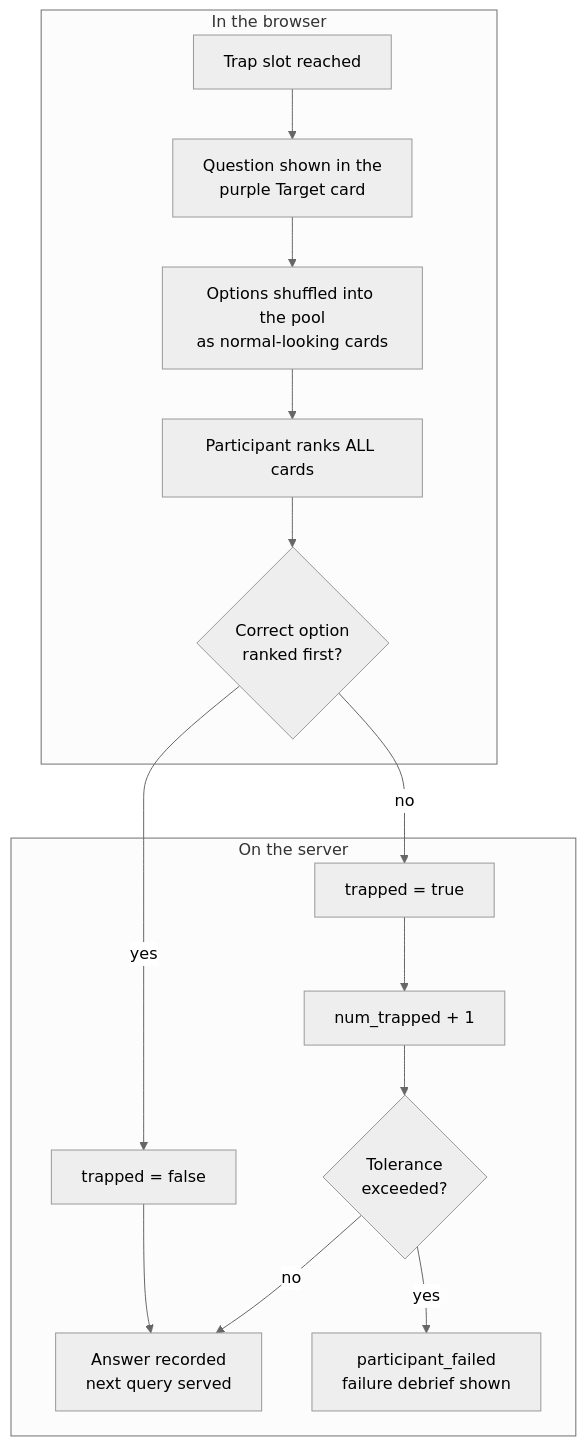
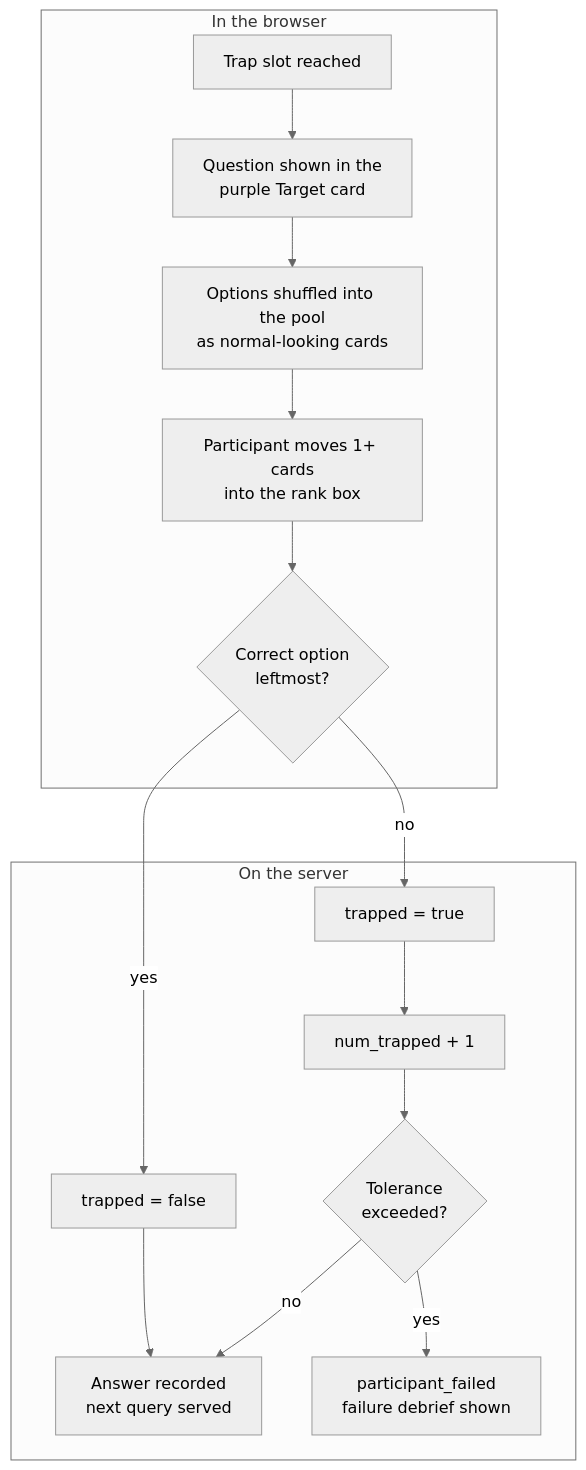
The third of 4 diagrams in DEV_DOCUMENTATION.md (siplab-gt/NEXT), drawn with Mermaid (neutral theme) before and after one commit. The commit also changed other lines of this file and 25 other files, not shown here.

First line of the commit message:
Prolific flow, flexible traps, trap exports, and one-step-ahead InfoTuple precompute (#3)

````diff
--- a/DEV_DOCUMENTATION.md
+++ b/DEV_DOCUMENTATION.md
@@ -728,18 +728,18 @@
 ```mermaid
 flowchart TD
     subgraph browser["In the browser"]
         A["Trap slot reached"] --> B["Question shown in the<br>purple Target card"]
         B --> C["Options shuffled into the pool<br>as normal-looking cards"]
-        C --> D["Participant ranks ALL cards"]
-        D --> E{"Correct option<br>ranked first?"}
+        C --> D["Participant moves 1+ cards<br>into the rank box"]
+        D --> E{"Correct option<br>leftmost?"}
     end
     E -->|"yes"| F["trapped = false"]
     E -->|"no"| G["trapped = true"]
     subgraph server["On the server"]
         F --> H["Answer recorded<br>next query served"]
         G --> I["num_trapped + 1"]
         I --> J{"Tolerance<br>exceeded?"}
         J -->|"no"| H
         J -->|"yes"| K["participant_failed<br>failure debrief shown"]
     end
 ```
````
